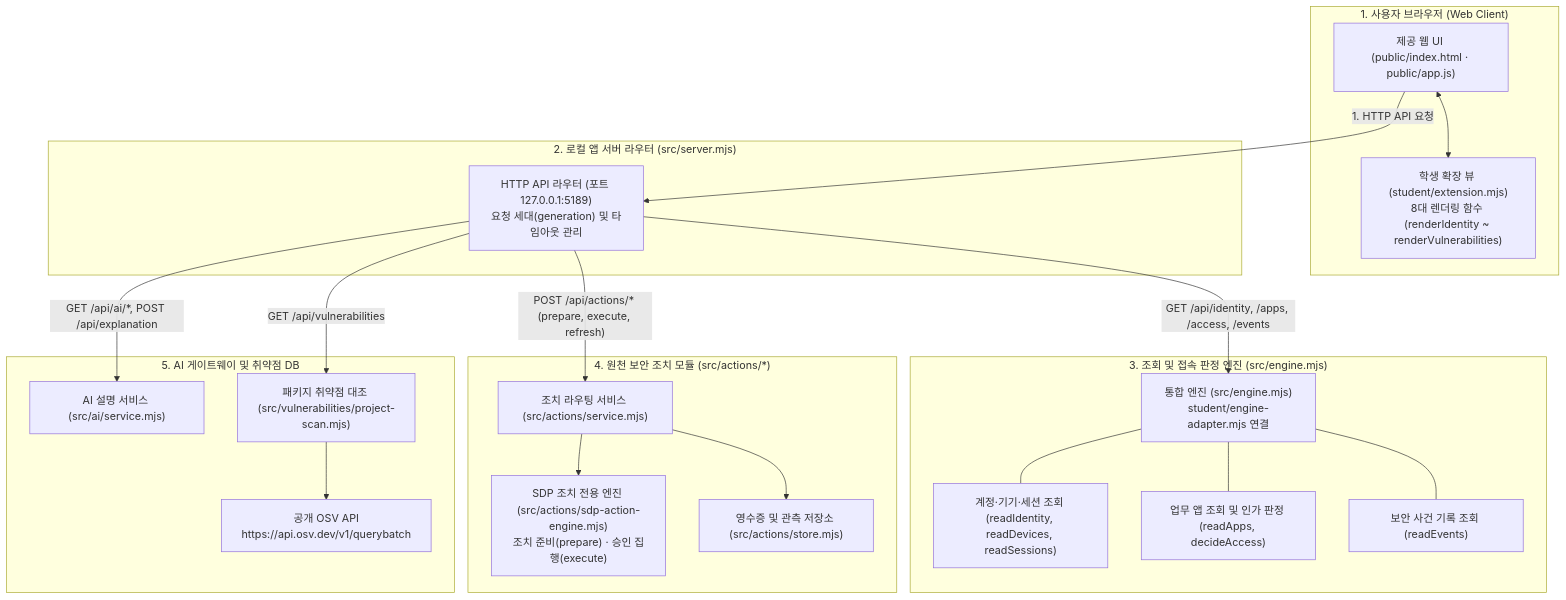
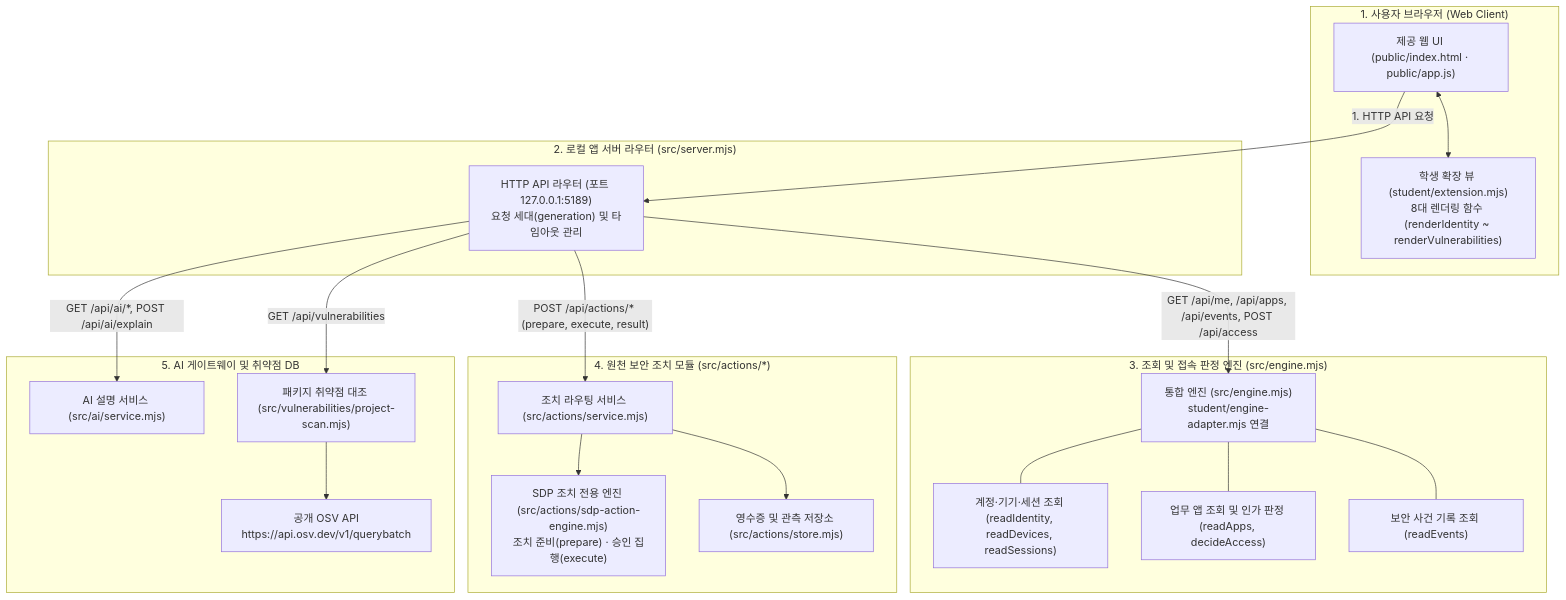
The diagram in on-client/docs/STUDENT_RUNBOOK.md (JYCHOI02/ALEPH-sec-pro), drawn with Mermaid before and after one commit. The commit also changed other lines of this file and 2 other files, not shown here.

Commit message:
21단계: 실제 API 경로(/api/me, /api/ai/explain) 및 도움정보 버튼명 일치 보강

````diff
--- a/on-client/docs/STUDENT_RUNBOOK.md
+++ b/on-client/docs/STUDENT_RUNBOOK.md
@@ -134,43 +134,43 @@
 ```mermaid
 graph TD
     subgraph Browser ["1. 사용자 브라우저 (Web Client)"]
         UI["제공 웹 UI (public/index.html · public/app.js)"]
         StudentView["학생 확장 뷰 (student/extension.mjs)<br/>8대 렌더링 함수 (renderIdentity ~ renderVulnerabilities)"]
         UI <--> StudentView
     end
 
     subgraph ServerRouter ["2. 로컬 앱 서버 라우터 (src/server.mjs)"]
         HTTP["HTTP API 라우터 (포트 127.0.0.1:5189)<br/>요청 세대(generation) 및 타임아웃 관리"]
     end
 
     subgraph CoreEngine ["3. 조회 및 접속 판정 엔진 (src/engine.mjs)"]
         EngineModule["통합 엔진 (src/engine.mjs)<br/>student/engine-adapter.mjs 연결"]
         IdentityHandler["계정·기기·세션 조회 (readIdentity, readDevices, readSessions)"]
         AccessHandler["업무 앱 조회 및 인가 판정 (readApps, decideAccess)"]
         EventsHandler["보안 사건 기록 조회 (readEvents)"]
         EngineModule --- IdentityHandler
         EngineModule --- AccessHandler
         EngineModule --- EventsHandler
     end
 
     subgraph ActionModule ["4. 원천 보안 조치 모듈 (src/actions/*)"]
         ActionService["조치 라우팅 서비스 (src/actions/service.mjs)"]
         ActionEngine["SDP 조치 전용 엔진 (src/actions/sdp-action-engine.mjs)<br/>조치 준비(prepare) · 승인 집행(execute)"]
         ActionStore["영수증 및 관측 저장소 (src/actions/store.mjs)"]
         ActionService --> ActionEngine
         ActionService --> ActionStore
     end
 
     subgraph ExternalServices ["5. AI 게이트웨이 및 취약점 DB"]
         AIService["AI 설명 서비스 (src/ai/service.mjs)"]
         OSVScanner["패키지 취약점 대조 (src/vulnerabilities/project-scan.mjs)"]
         OSVAPI["공개 OSV API<br/>https://api.osv.dev/v1/querybatch"]
         OSVScanner --> OSVAPI
     end
 
     UI -- "1. HTTP API 요청" --> HTTP
-    HTTP -- "GET /api/identity, /apps, /access, /events" --> EngineModule
-    HTTP -- "POST /api/actions/* (prepare, execute, refresh)" --> ActionService
-    HTTP -- "GET /api/ai/*, POST /api/explanation" --> AIService
+    HTTP -- "GET /api/me, /api/apps, /api/events, POST /api/access" --> EngineModule
+    HTTP -- "POST /api/actions/* (prepare, execute, result)" --> ActionService
+    HTTP -- "GET /api/ai/*, POST /api/ai/explain" --> AIService
     HTTP -- "GET /api/vulnerabilities" --> OSVScanner
 ```
````
